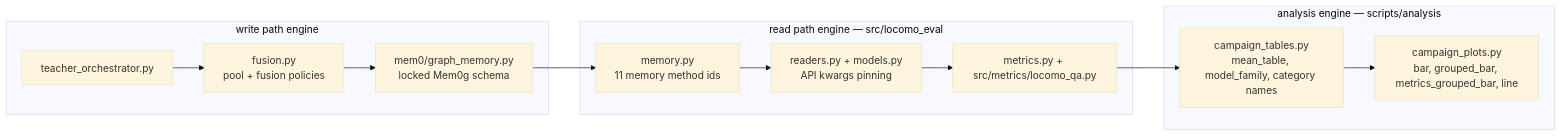
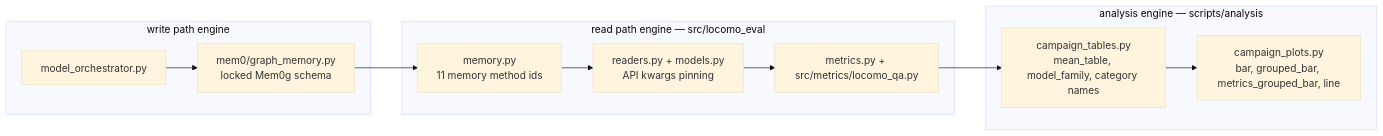
One commit to park-jsdev/long-term-memory-eval changed the third of 12 diagrams in README.md. Above: the diagram before and after it, drawn with Mermaid (base theme). The commit also changed other lines of this file and 213 other files, not shown here.

````diff
--- a/README.md
+++ b/README.md
@@ -169,23 +178,22 @@
 ```mermaid
 flowchart LR
   subgraph Read["read path engine — src/locomo_eval"]
     MEM["memory.py<br/>11 memory method ids"]
     RD["readers.py + models.py<br/>API kwargs pinning"]
     SC["metrics.py + src/metrics/locomo_qa.py"]
   end
 
   subgraph Write["write path engine"]
-    TO["teacher_orchestrator.py"]
-    FU["fusion.py<br/>pool + fusion policies"]
+    MO["model_orchestrator.py"]
     GM["mem0/graph_memory.py<br/>locked Mem0g schema"]
   end
 
   subgraph Analyse["analysis engine — scripts/analysis"]
     CT["campaign_tables.py<br/>mean_table, model_family, category names"]
     CP["campaign_plots.py<br/>bar, grouped_bar, metrics_grouped_bar, line"]
   end
 
-  TO --> FU --> GM --> MEM
+  MO --> GM --> MEM
   MEM --> RD --> SC
   SC --> CT --> CP
 ```
````
